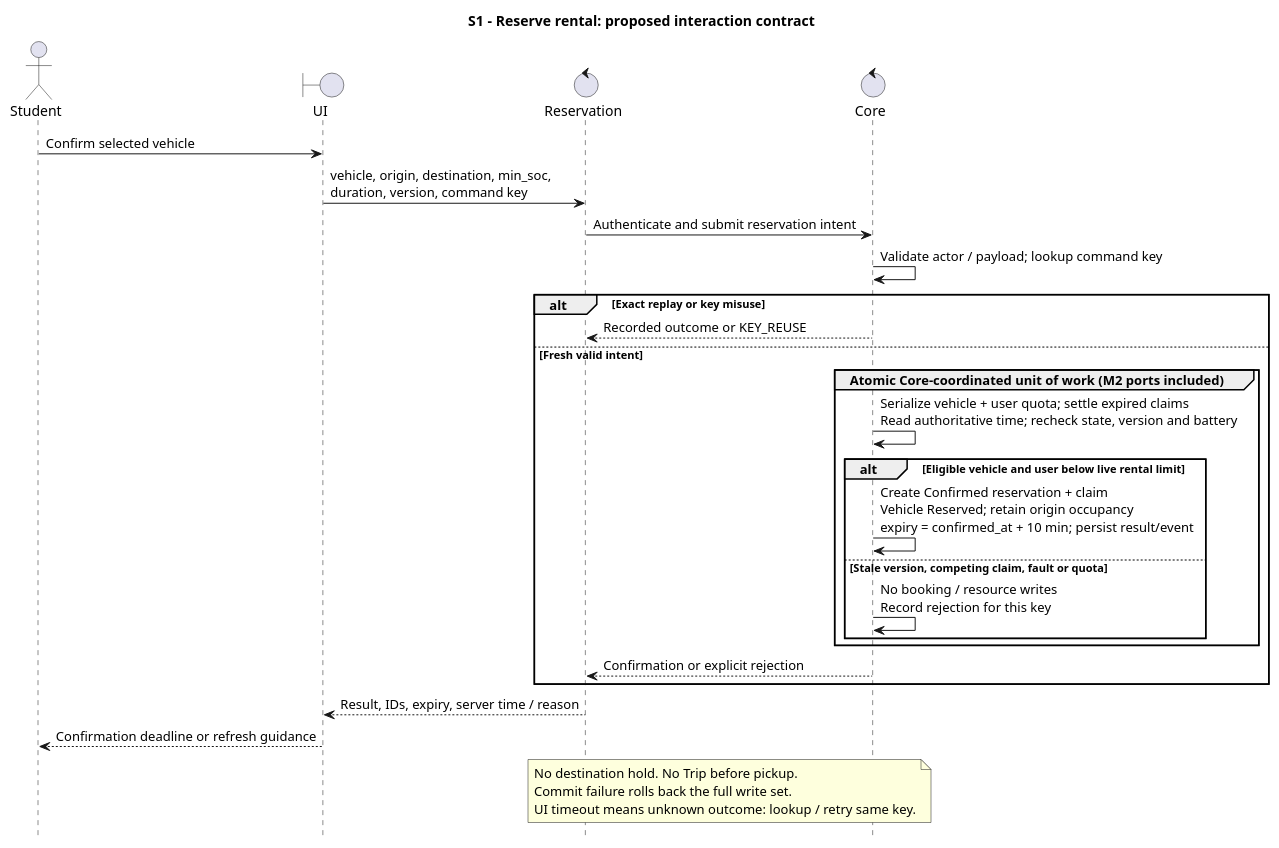
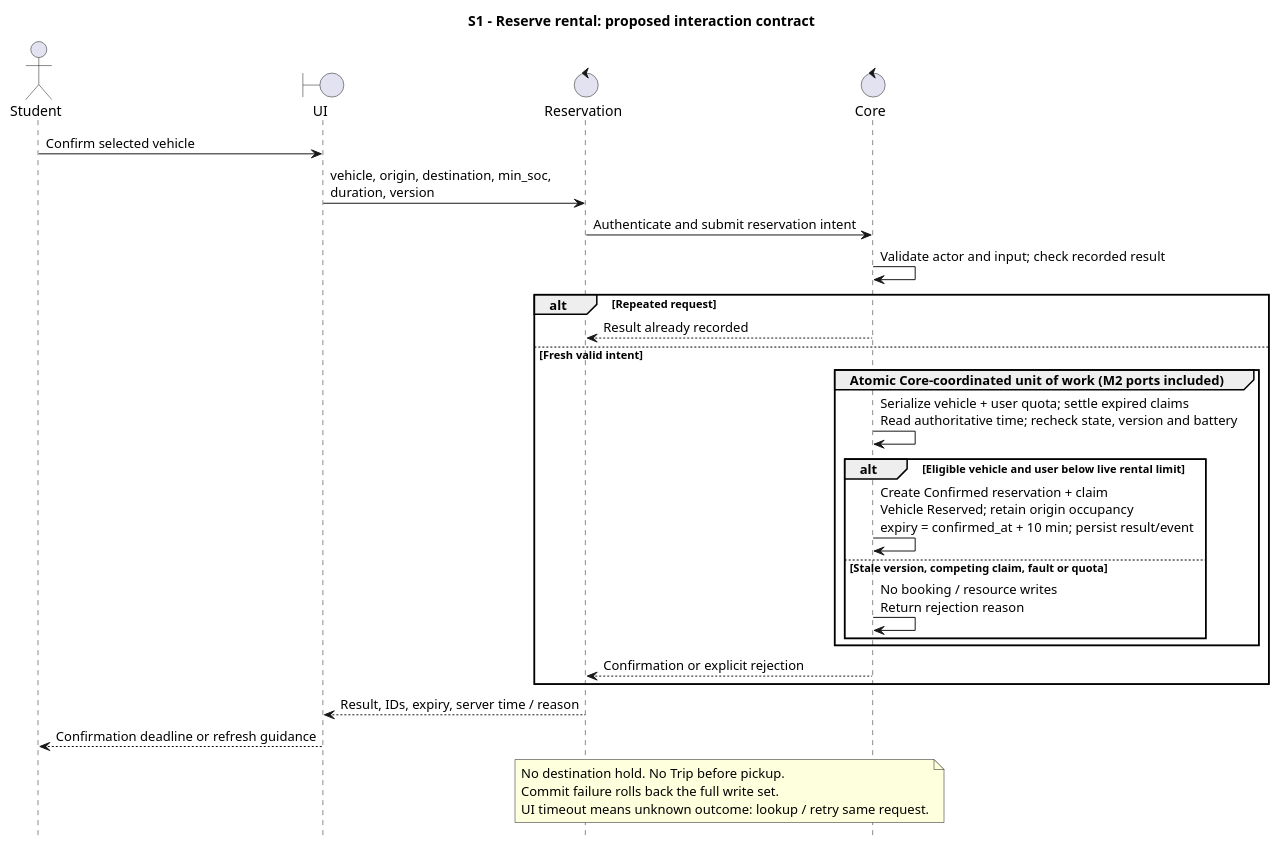
Before and after one commit to MabC06/smart-e-mobility-hub: the diagram in docs/design/behavioral/reservation-diagrams/s1-reserve.puml, drawn with PlantUML. The commit also changed 20 other files, not shown here.

Commit message:
docs(reservation): address M1 review and reuse core rules (FR-03, FR-05)

```diff
--- a/docs/design/behavioral/reservation-diagrams/s1-reserve.puml
+++ b/docs/design/behavioral/reservation-diagrams/s1-reserve.puml
@@ -1,34 +1,34 @@
 @startuml
 title S1 - Reserve rental: proposed interaction contract
 skinparam shadowing false
 skinparam defaultFontName Arial
 hide footbox
 actor Student
 boundary UI
 control Reservation
 control Core
 Student -> UI: Confirm selected vehicle
-UI -> Reservation: vehicle, origin, destination, min_soc,\nduration, version, command key
+UI -> Reservation: vehicle, origin, destination, min_soc,\nduration, version
 Reservation -> Core: Authenticate and submit reservation intent
-Core -> Core: Validate actor / payload; lookup command key
-alt Exact replay or key misuse
-  Core --> Reservation: Recorded outcome or KEY_REUSE
+Core -> Core: Validate actor and input; check recorded result
+alt Repeated request
+  Core --> Reservation: Result already recorded
 else Fresh valid intent
   group Atomic Core-coordinated unit of work (M2 ports included)
     Core -> Core: Serialize vehicle + user quota; settle expired claims\nRead authoritative time; recheck state, version and battery
     alt Eligible vehicle and user below live rental limit
       Core -> Core: Create Confirmed reservation + claim\nVehicle Reserved; retain origin occupancy\nexpiry = confirmed_at + 10 min; persist result/event
     else Stale version, competing claim, fault or quota
-      Core -> Core: No booking / resource writes\nRecord rejection for this key
+      Core -> Core: No booking / resource writes\nReturn rejection reason
     end
   end
   Core --> Reservation: Confirmation or explicit rejection
 end
 Reservation --> UI: Result, IDs, expiry, server time / reason
 UI --> Student: Confirmation deadline or refresh guidance
 note over Reservation,Core
   No destination hold. No Trip before pickup.
   Commit failure rolls back the full write set.
-  UI timeout means unknown outcome: lookup / retry same key.
+  UI timeout means unknown outcome: lookup / retry same request.
 end note
 @enduml
```
